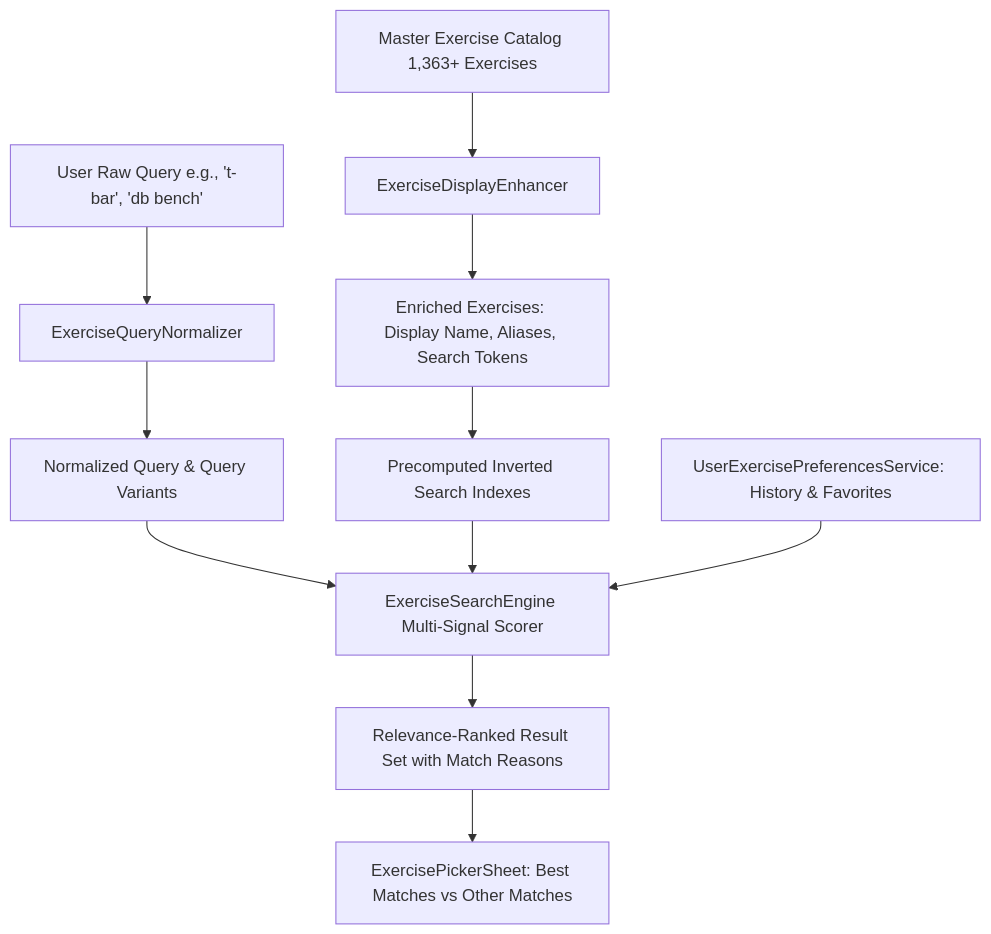
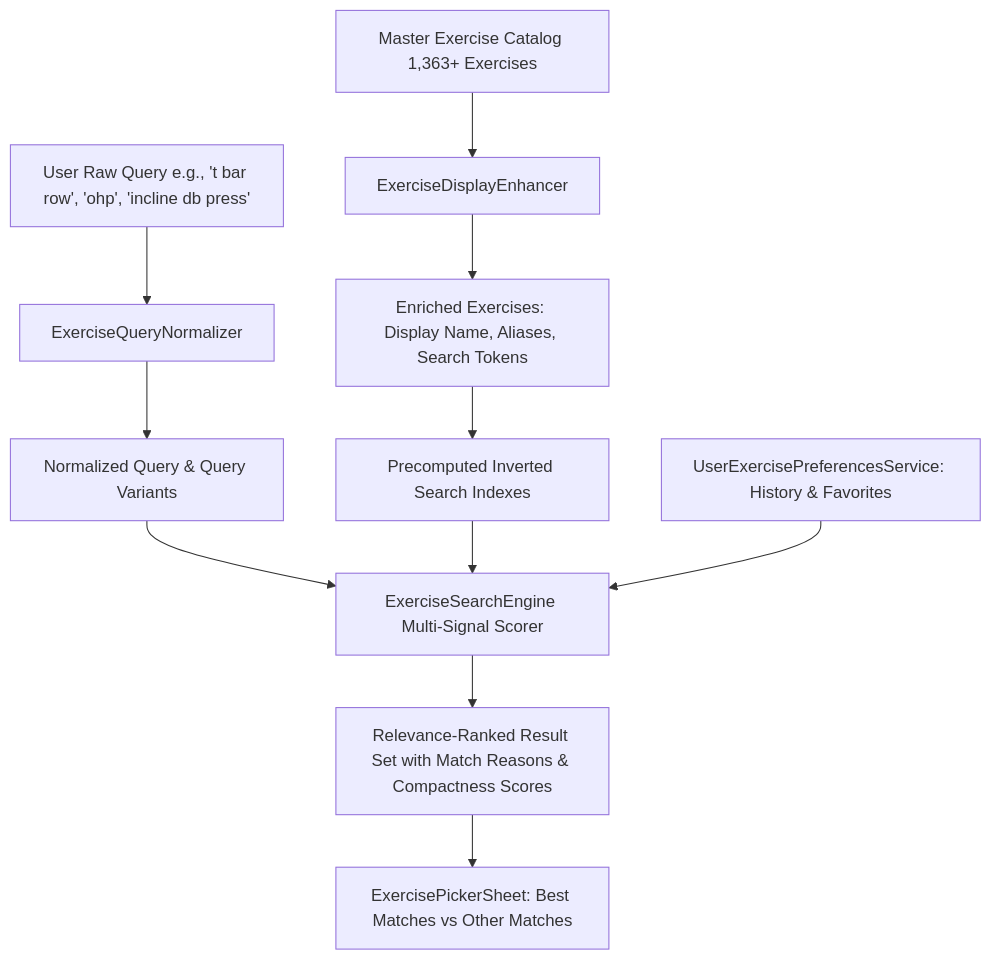
One commit to dhruvgupta-24/Kynetix changed the diagram in EXERCISE_DISCOVERY_UX_REPORT.md. Above: the diagram before and after it, drawn with Mermaid. The commit also changed other lines of this file and 6 other files, not shown here.

````diff
--- a/EXERCISE_DISCOVERY_UX_REPORT.md
+++ b/EXERCISE_DISCOVERY_UX_REPORT.md
@@ -33,16 +31,16 @@
 ```mermaid
 graph TD
-    A[User Raw Query e.g., 't-bar', 'db bench'] --> B[ExerciseQueryNormalizer]
+    A[User Raw Query e.g., 't bar row', 'ohp', 'incline db press'] --> B[ExerciseQueryNormalizer]
     B --> C[Normalized Query & Query Variants]
     C --> D[ExerciseSearchEngine Multi-Signal Scorer]
     
     E[Master Exercise Catalog 1,363+ Exercises] --> F[ExerciseDisplayEnhancer]
     F --> G[Enriched Exercises: Display Name, Aliases, Search Tokens]
     G --> H[Precomputed Inverted Search Indexes]
     
     H --> D
     I[UserExercisePreferencesService: History & Favorites] --> D
     
-    D --> J[Relevance-Ranked Result Set with Match Reasons]
+    D --> J[Relevance-Ranked Result Set with Match Reasons & Compactness Scores]
     J --> K[ExercisePickerSheet: Best Matches vs Other Matches]
 ```
````
